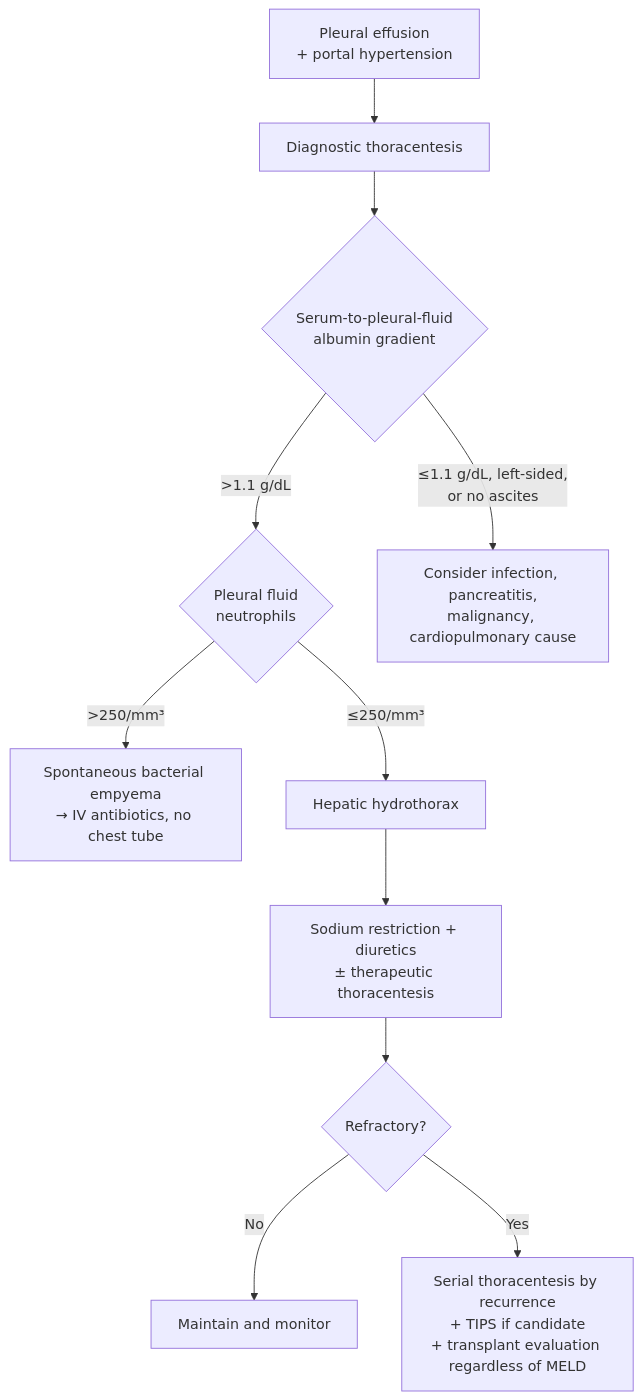
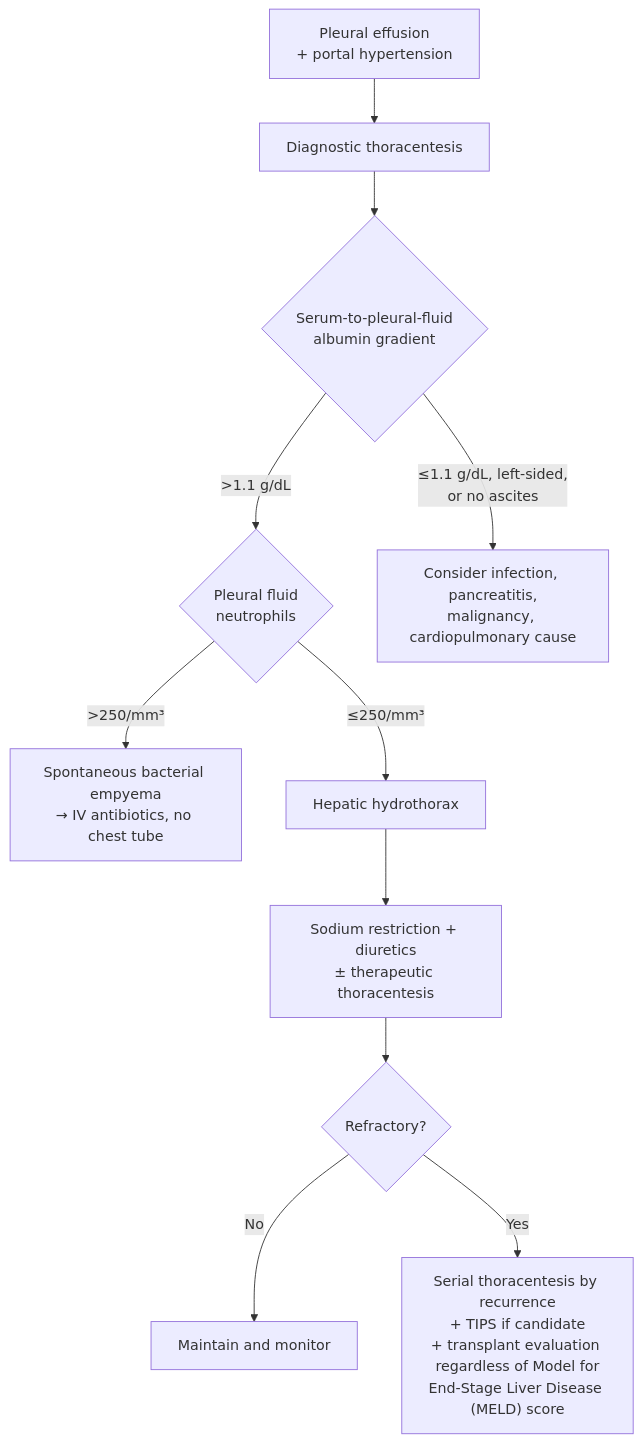
Before and after one commit to KHNickLeMD/KHNL-GI-Wiki: the diagram in KHNL-GI-Wiki/wiki/1-disease-scripts/hepatology-diseases/hepatic-hydrothorax.md, drawn with Mermaid. The commit also changed other lines of this file and 9 other files, not shown here.

````diff
--- a/KHNL-GI-Wiki/wiki/1-disease-scripts/hepatology-diseases/hepatic-hydrothorax.md
+++ b/KHNL-GI-Wiki/wiki/1-disease-scripts/hepatology-diseases/hepatic-hydrothorax.md
@@ -39,13 +40,13 @@
 ```mermaid
 flowchart TD
     A["Pleural effusion<br/>+ portal hypertension"] --> B["Diagnostic thoracentesis"]
     B --> C{"Serum-to-pleural-fluid<br/>albumin gradient"}
     C -->|"&gt;1.1 g/dL"| D{"Pleural fluid<br/>neutrophils"}
     C -->|"≤1.1 g/dL, left-sided,<br/>or no ascites"| E["Consider infection, pancreatitis,<br/>malignancy, cardiopulmonary cause"]
     D -->|"&gt;250/mm³"| F["Spontaneous bacterial empyema<br/>→ IV antibiotics, no chest tube"]
     D -->|"≤250/mm³"| G["Hepatic hydrothorax"]
     G --> H["Sodium restriction + diuretics<br/>± therapeutic thoracentesis"]
     H --> I{"Refractory?"}
     I -->|No| J["Maintain and monitor"]
-    I -->|Yes| K["Serial thoracentesis by recurrence<br/>+ TIPS if candidate<br/>+ transplant evaluation regardless of MELD"]
+    I -->|Yes| K["Serial thoracentesis by recurrence<br/>+ TIPS if candidate<br/>+ transplant evaluation regardless of Model for<br/>End-Stage Liver Disease (MELD) score"]
 ```
````
